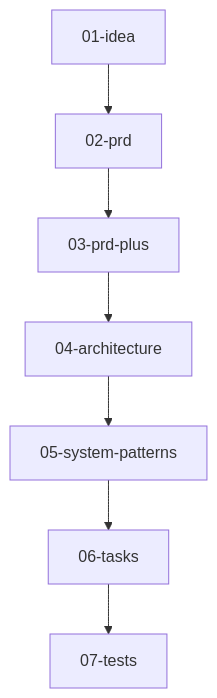
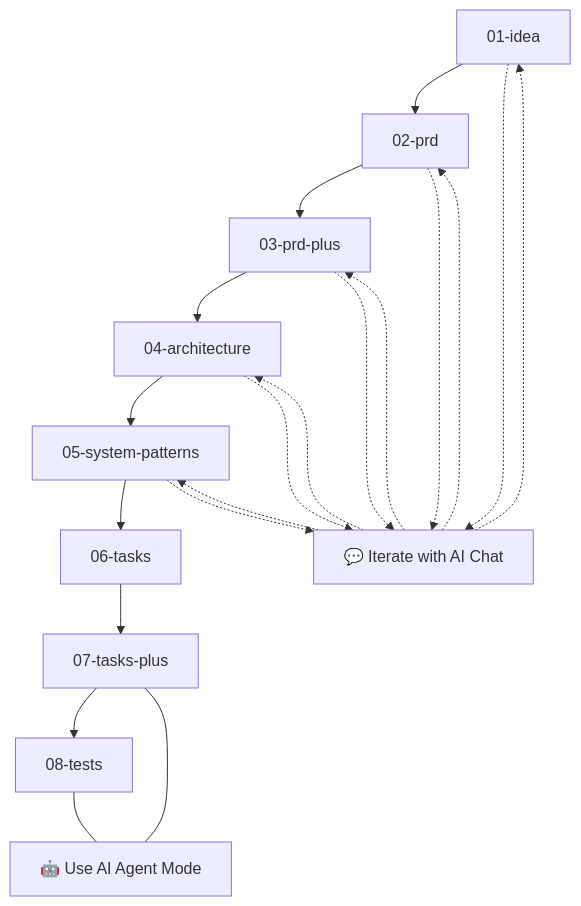
Before and after one commit to osbornesec/ai-sdlc-oz: the second of 2 diagrams in README.md, drawn with Mermaid. The commit also changed other lines of this file and 14 other files, not shown here.

````diff
--- a/README.md
+++ b/README.md
@@ -145,5 +226,23 @@
 ```mermaid
 flowchart TD
     I[01-idea]-->P1[02-prd]-->P2[03-prd-plus]-->A[04-architecture]
-    A-->SP[05-system-patterns]-->T[06-tasks]-->TESTS[07-tests]
+    A-->SP[05-system-patterns]-->T[06-tasks]-->TP[07-tasks-plus]-->TESTS[08-tests]
+
+    %% Iteration loop for steps 1-5
+    CHAT[💬 Iterate with AI Chat]
+    I -.-> CHAT
+    P1 -.-> CHAT
+    P2 -.-> CHAT
+    A -.-> CHAT
+    SP -.-> CHAT
+    CHAT -.-> I
+    CHAT -.-> P1
+    CHAT -.-> P2
+    CHAT -.-> A
+    CHAT -.-> SP
+
+    %% Agent mode for steps 7-8
+    AGENT[🤖 Use AI Agent Mode]
+    TP --- AGENT
+    TESTS --- AGENT
 ```
````
